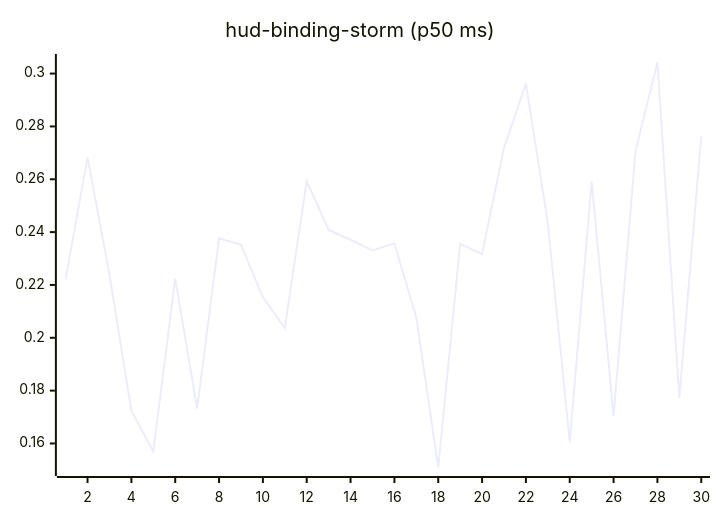
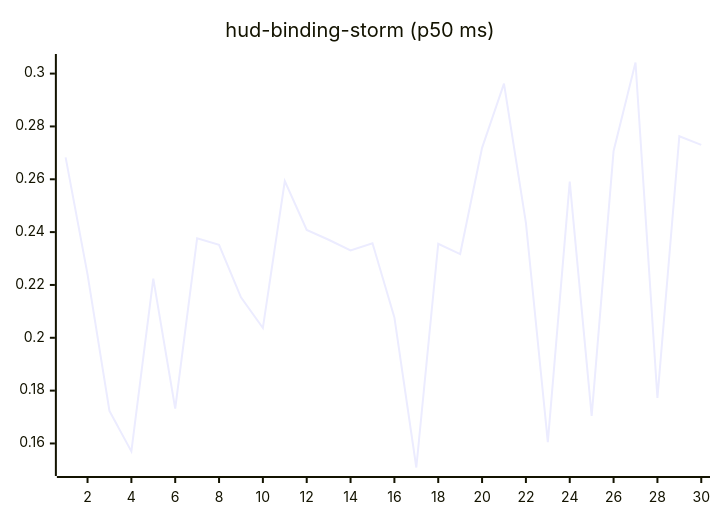
Before and after one commit to josha/Facet: the tenth of 27 diagrams in README.md, drawn with Mermaid. The commit also changed other lines of this file and 2 other files, not shown here.

````diff
--- a/README.md
+++ b/README.md
@@ -126,6 +126,6 @@
 ```mermaid
 xychart-beta
     title "hud-binding-storm (p50 ms)"
     x-axis 1 --> 30
-    line [0.2221, 0.2683, 0.2240, 0.1723, 0.1570, 0.2224, 0.1732, 0.2377, 0.2352, 0.2153, 0.2037, 0.2593, 0.2408, 0.2371, 0.2331, 0.2358, 0.2077, 0.1509, 0.2356, 0.2317, 0.2719, 0.2962, 0.2435, 0.1605, 0.2591, 0.1704, 0.2707, 0.3042, 0.1772, 0.2763]
+    line [0.2683, 0.2240, 0.1723, 0.1570, 0.2224, 0.1732, 0.2377, 0.2352, 0.2153, 0.2037, 0.2593, 0.2408, 0.2371, 0.2331, 0.2358, 0.2077, 0.1509, 0.2356, 0.2317, 0.2719, 0.2962, 0.2435, 0.1605, 0.2591, 0.1704, 0.2707, 0.3042, 0.1772, 0.2763, 0.2730]
 ```
````
